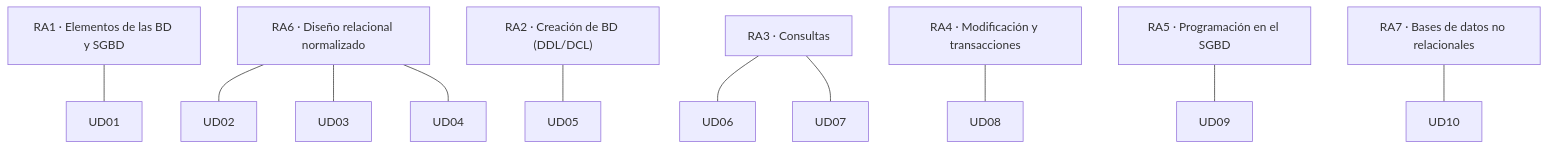
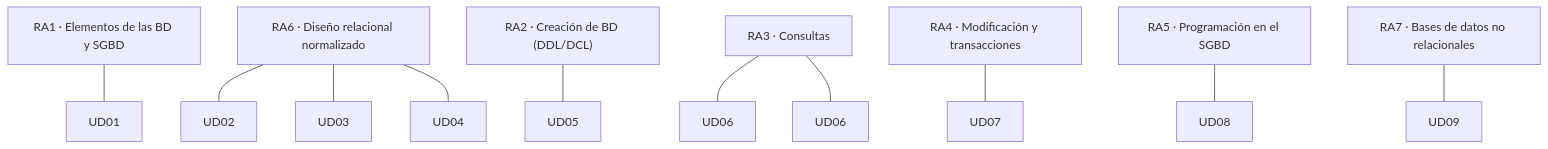
The diagram in content.es/guia/ra-ce.md (LorenaLResusta/BBDD), drawn with Mermaid before and after one commit. The commit also changed other lines of this file and 317 other files, not shown here.

````diff
--- a/content.es/guia/ra-ce.md
+++ b/content.es/guia/ra-ce.md
@@ -15,10 +15,10 @@
 ```mermaid
 flowchart TB
     RA1["RA1 · Elementos de las BD y SGBD"] --- U1[UD01]
     RA6["RA6 · Diseño relacional normalizado"] --- U2[UD02] & U3[UD03] & U4[UD04]
     RA2["RA2 · Creación de BD (DDL/DCL)"] --- U5[UD05]
-    RA3["RA3 · Consultas"] --- U6[UD06] & U7[UD07]
-    RA4["RA4 · Modificación y transacciones"] --- U8[UD08]
-    RA5["RA5 · Programación en el SGBD"] --- U9[UD09]
-    RA7["RA7 · Bases de datos no relacionales"] --- U10[UD10]
+    RA3["RA3 · Consultas"] --- U6[UD06] & U7[UD06]
+    RA4["RA4 · Modificación y transacciones"] --- U8[UD07]
+    RA5["RA5 · Programación en el SGBD"] --- U9[UD08]
+    RA7["RA7 · Bases de datos no relacionales"] --- U10[UD09]
 ```
````
